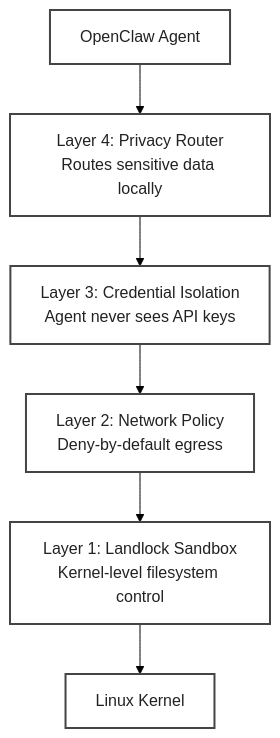
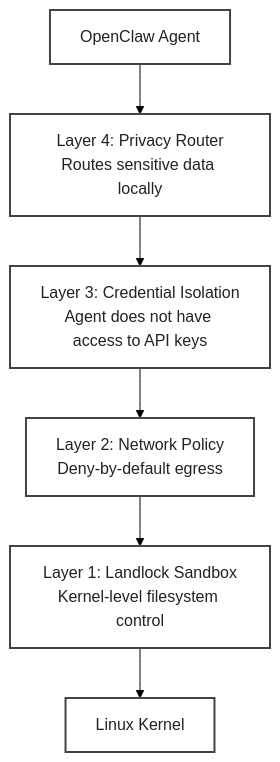
Before and after one commit to brevdev/workshop-build-an-agent: the first of 2 diagrams in .devx/6-agent-safety/why_nemoclaw.md, drawn with Mermaid. The commit also changed other lines of this file and 7 other files, not shown here.

````diff
--- a/.devx/6-agent-safety/why_nemoclaw.md
+++ b/.devx/6-agent-safety/why_nemoclaw.md
@@ -43,18 +43,18 @@
 ```mermaid
 ---
 config:
   theme: 'base'
   themeVariables:
     primaryColor: '#eaf6e0'
     secondaryColor: '#eaf6e0'
     background: white
 ---
 graph TB
     Agent["OpenClaw Agent"] --> L4["Layer 4: Privacy Router\nRoutes sensitive data locally"]
-    L4 --> L3["Layer 3: Credential Isolation\nAgent never sees API keys"]
+    L4 --> L3["Layer 3: Credential Isolation\nAgent does not have access to API keys"]
     L3 --> L2["Layer 2: Network Policy\nDeny-by-default egress"]
     L2 --> L1["Layer 1: Landlock Sandbox\nKernel-level filesystem control"]
     L1 --> Kernel["Linux Kernel"]
 
     classDef node fill:#fff,stroke:#444,stroke-width:2px,color:#222;
 ```
````
